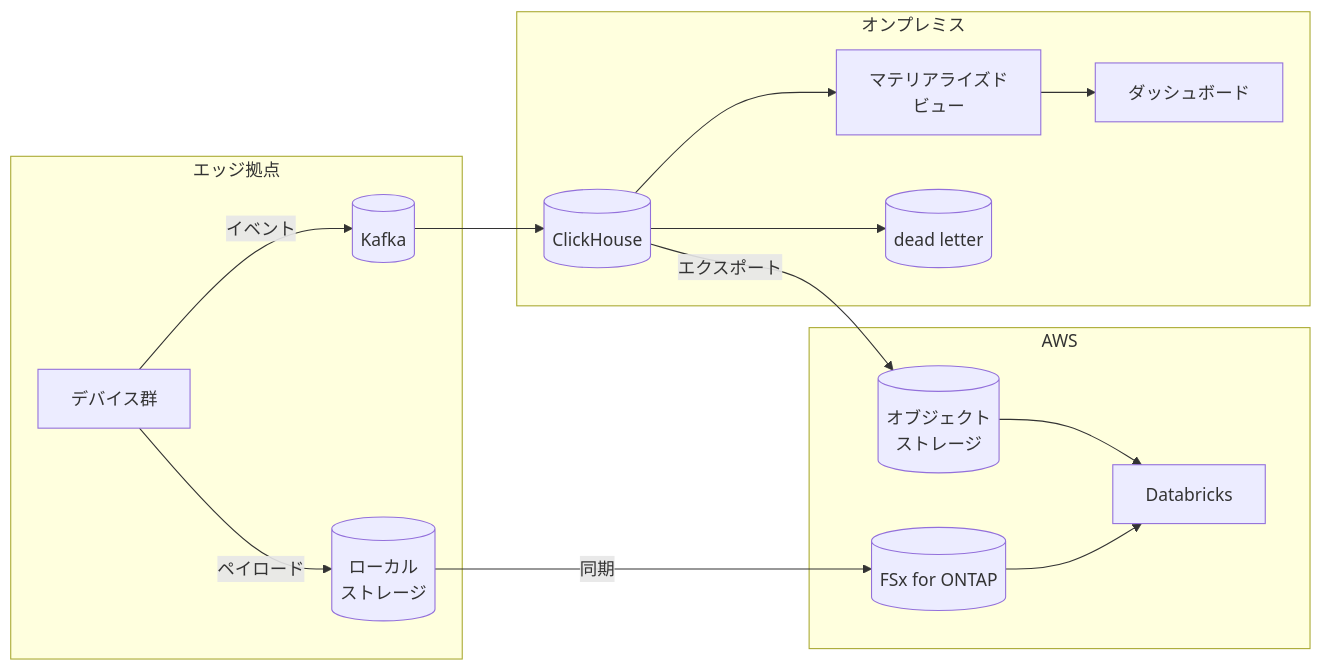
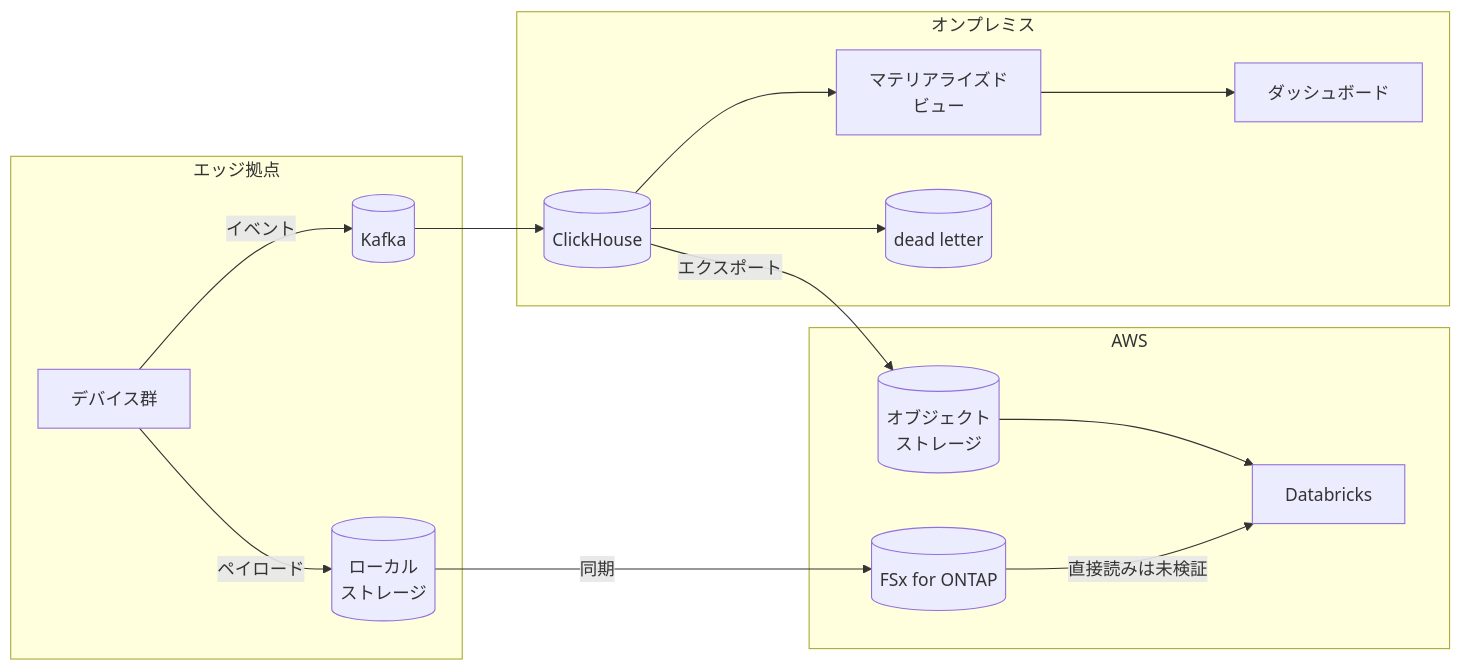
The diagram in docs/ja/aws-patterns/04-near-realtime-manufacturing.md (Yoshiki0705/ONTAP-Edge-to-Cloud-AI), drawn with Mermaid before and after one commit. The commit also changed other lines of this file and 42 other files, not shown here.

````diff
--- a/docs/ja/aws-patterns/04-near-realtime-manufacturing.md
+++ b/docs/ja/aws-patterns/04-near-realtime-manufacturing.md
@@ -26,19 +26,19 @@
 ```mermaid
 graph LR
   subgraph Edge["エッジ拠点"]
     D[デバイス群] -->|イベント| K[(Kafka)]
     D -->|ペイロード| LS[(ローカル<br/>ストレージ)]
   end
   subgraph OnPrem["オンプレミス"]
     K --> CH[(ClickHouse)]
     CH --> MV[マテリアライズド<br/>ビュー]
     MV --> DASH[ダッシュボード]
     CH --> DLQ[(dead letter)]
   end
   subgraph Cloud["AWS"]
     LS -->|同期| FSX[(FSx for ONTAP)]
     CH -->|エクスポート| OBJ[(オブジェクト<br/>ストレージ)]
     OBJ --> DBX[Databricks]
-    FSX --> DBX
+    FSX -->|直接読みは未検証| DBX
   end
 ```
````
